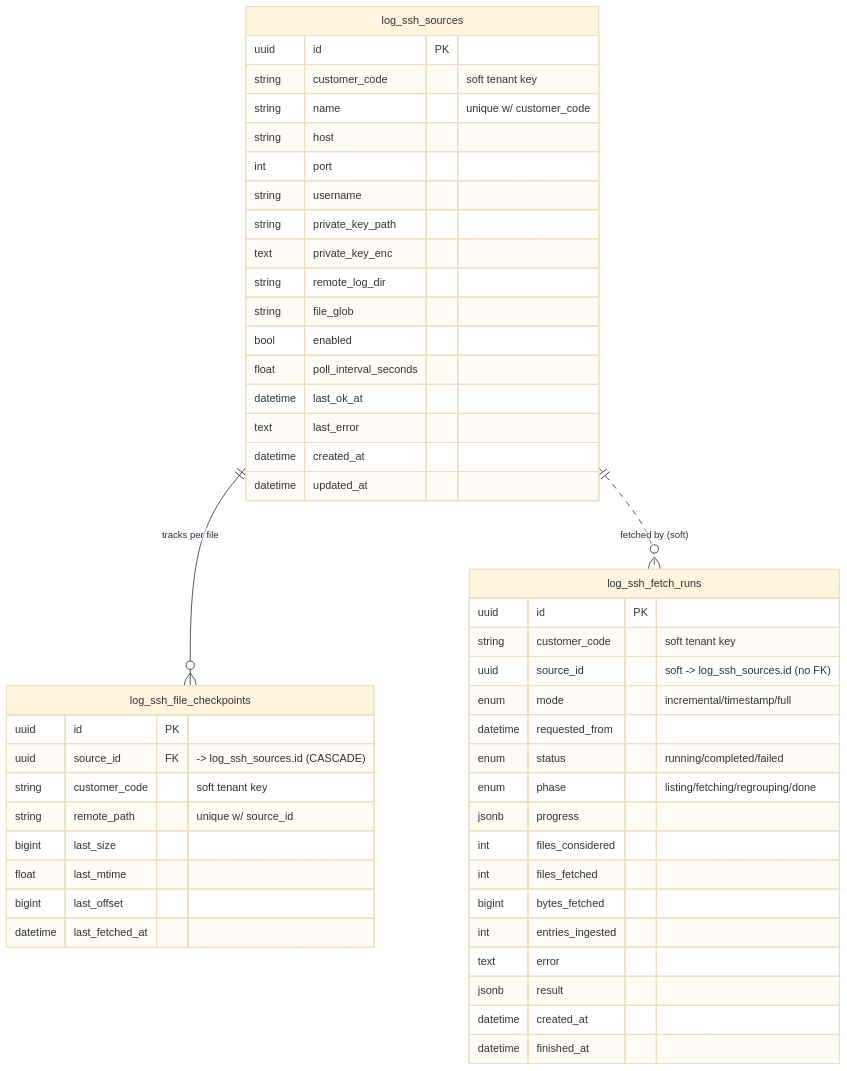
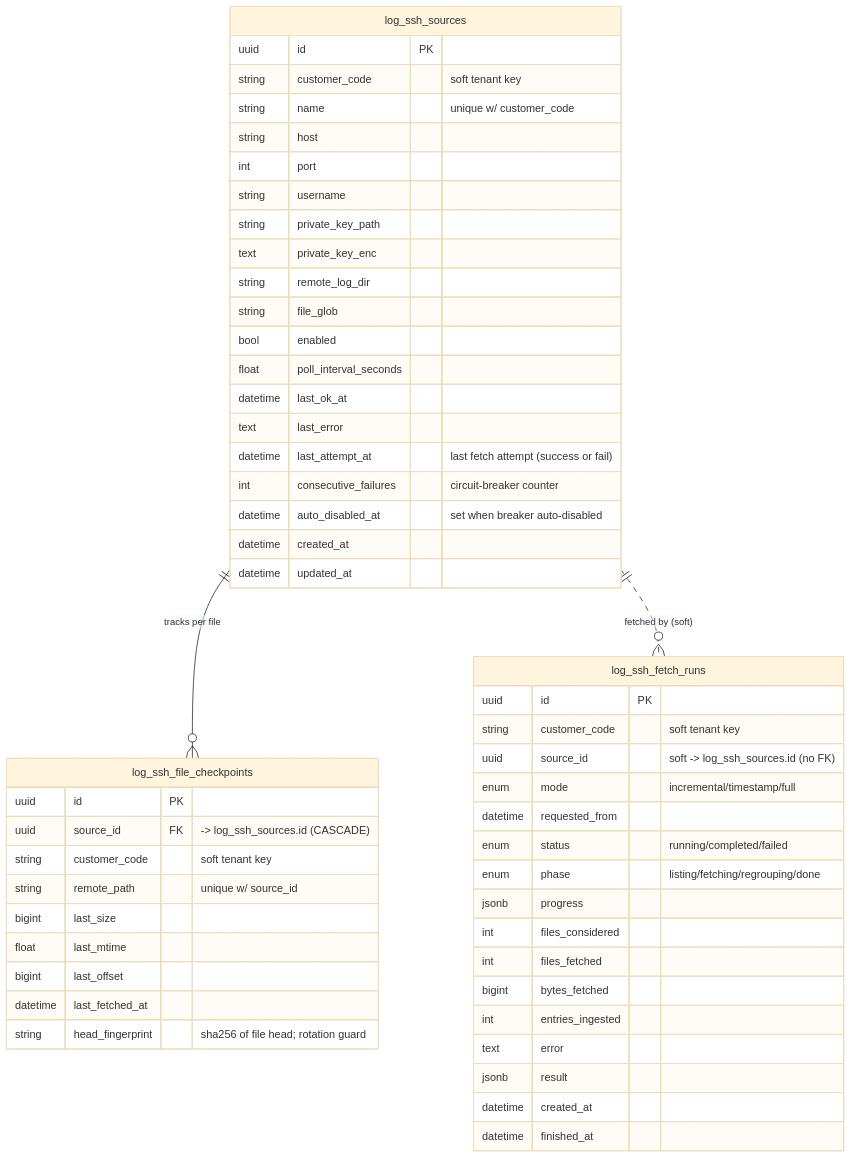
Before and after one commit to eamtalu/RAG-PipeLine: the fifth of 8 diagrams in docs/database-er-diagram.md, drawn with Mermaid (base theme). The commit also changed 7 other files, not shown here.

First line of the commit message:
feat(ssh): hardening schema + settings (chunk 1)

````diff
--- a/docs/database-er-diagram.md
+++ b/docs/database-er-diagram.md
@@ -265,54 +265,58 @@
 ```mermaid
 erDiagram
     log_ssh_sources {
         uuid id PK
         string customer_code "soft tenant key"
         string name "unique w/ customer_code"
         string host
         int port
         string username
         string private_key_path
         text private_key_enc
         string remote_log_dir
         string file_glob
         bool enabled
         float poll_interval_seconds
         datetime last_ok_at
         text last_error
+        datetime last_attempt_at "last fetch attempt (success or fail)"
+        int consecutive_failures "circuit-breaker counter"
+        datetime auto_disabled_at "set when breaker auto-disabled"
         datetime created_at
         datetime updated_at
     }
 
     log_ssh_file_checkpoints {
         uuid id PK
         uuid source_id FK "-> log_ssh_sources.id (CASCADE)"
         string customer_code "soft tenant key"
         string remote_path "unique w/ source_id"
         bigint last_size
         float last_mtime
         bigint last_offset
         datetime last_fetched_at
+        string head_fingerprint "sha256 of file head; rotation guard"
     }
 
     log_ssh_fetch_runs {
         uuid id PK
         string customer_code "soft tenant key"
         uuid source_id "soft -> log_ssh_sources.id (no FK)"
         enum mode "incremental/timestamp/full"
         datetime requested_from
         enum status "running/completed/failed"
         enum phase "listing/fetching/regrouping/done"
         jsonb progress
         int files_considered
         int files_fetched
         bigint bytes_fetched
         int entries_ingested
         text error
         jsonb result
         datetime created_at
         datetime finished_at
     }
 
     log_ssh_sources ||--o{ log_ssh_file_checkpoints : "tracks per file"
     log_ssh_sources ||..o{ log_ssh_fetch_runs : "fetched by (soft)"
 ```
````
